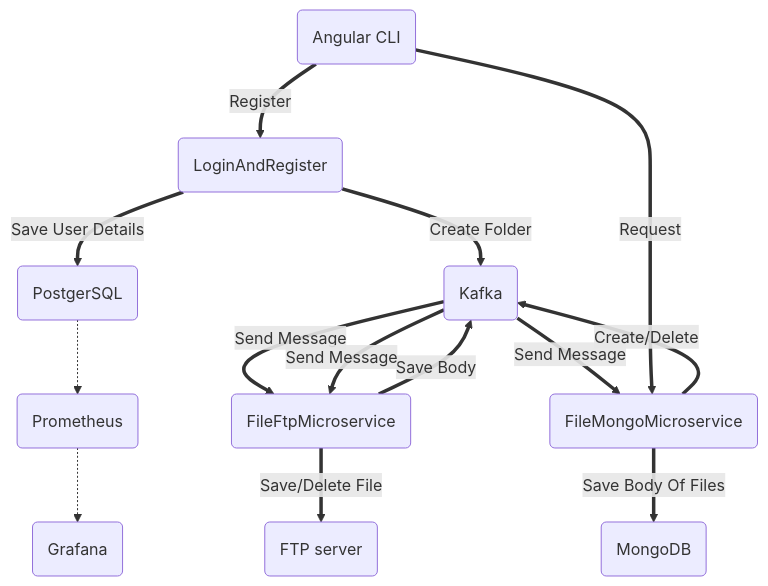
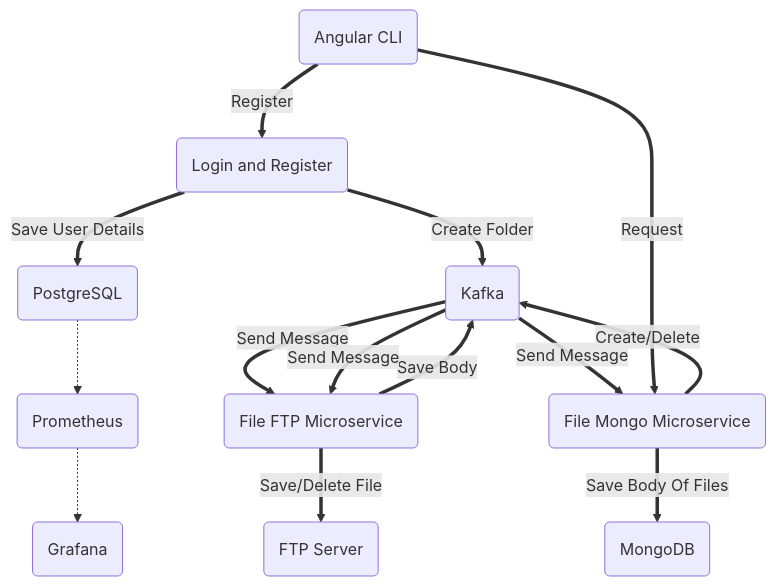
Before and after one commit to Daniel200555/Server: the diagram in README.md, drawn with Mermaid.

````diff
--- a/README.md
+++ b/README.md
@@ -39,22 +39,24 @@
 ```mermaid
 flowchart TB
-	id1(Angular CLI)
-	id2(LoginAndRegister)
-	id3(FileFtpMicroservice)
-	id4(FileMongoMicroservice)
-	id5(Kafka)
-	id6(MongoDB)
-	id7(FTP server)
-	id8(Prometheus)
-	id9(Grafana)
-	id10(PostgerSQL)
-	id1 == Register ==> id2
-	id3 == Save/Delete File ==> id7
-	id2 == Save User Details ==> id10
-	id4 == Save Body Of Files ==> id6
-	id2 == Create Folder ==> id5 == Send Message ==> id3 == Save Body ==> id5 == Send Message ==> id4
-	id1 == Request ==> id4
-	id4 == Create/Delete ==> id5 == Send Message ==> id3
-	id10 -.-> id8 -.-> id9
+    id1(Angular CLI)
+    id2(Login and Register)
+    id3(File FTP Microservice)
+    id4(File Mongo Microservice)
+    id5(Kafka)
+    id6(MongoDB)
+    id7(FTP Server)
+    id8(Prometheus)
+    id9(Grafana)
+    id10(PostgreSQL)
+    
+    id1 == Register ==> id2
+    id3 == Save/Delete File ==> id7
+    id2 == Save User Details ==> id10
+    id4 == Save Body Of Files ==> id6
+    id2 == Create Folder ==> id5 == Send Message ==> id3 == Save Body ==> id5 == Send Message ==> id4
+    id1 == Request ==> id4
+    id4 == Create/Delete ==> id5 == Send Message ==> id3
+    id10 -.-> id8 -.-> id9
+
 	
 ```
````
